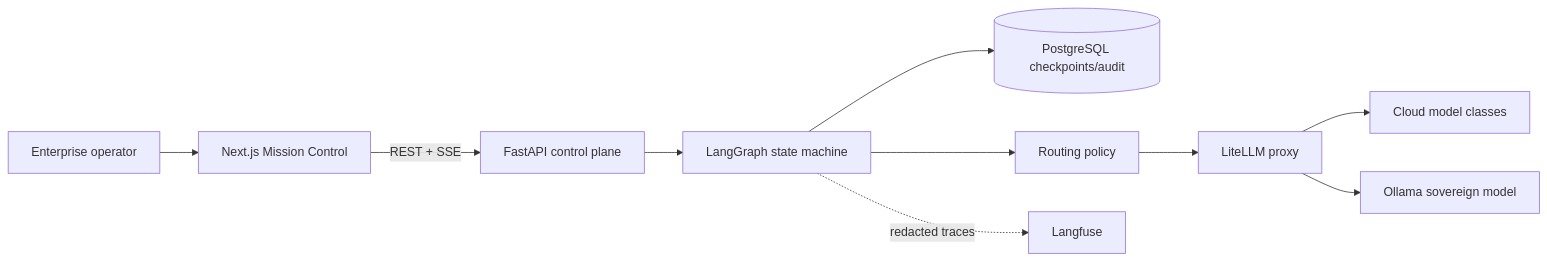
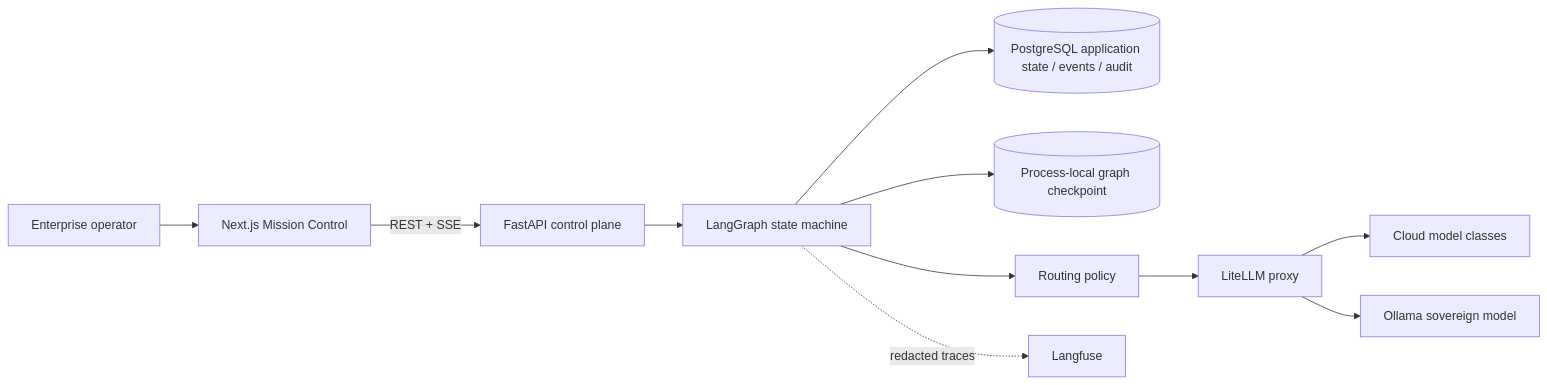
The diagram in README.md (nepryoon/enterprise-sovereign-ai-matrix), drawn with Mermaid before and after one commit. The commit also changed other lines of this file and 57 other files, not shown here.

````diff
--- a/README.md
+++ b/README.md
@@ -22,12 +29,13 @@
 ```mermaid
 flowchart LR
   U[Enterprise operator] --> W[Next.js Mission Control]
   W -->|REST + SSE| A[FastAPI control plane]
   A --> G[LangGraph state machine]
-  G --> P[(PostgreSQL checkpoints/audit)]
+  G --> P[(PostgreSQL application state / events / audit)]
+  G --> M[(Process-local graph checkpoint)]
   G --> R[Routing policy]
   R --> L[LiteLLM proxy]
   L --> C[Cloud model classes]
   L --> O[Ollama sovereign model]
   G -. redacted traces .-> F[Langfuse]
 ```
````
